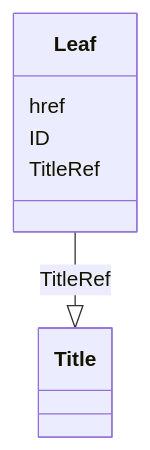
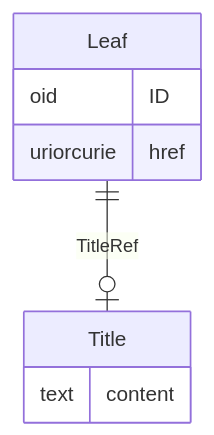
The diagram in docs/Leaf.md (cdisc-org/DataExchange-ODM-LinkML), drawn with Mermaid before and after one commit. The commit also changed other lines of this file and 181 other files, not shown here.

Commit message:
ER diagrams working via templates and removing names with underscores

````diff
--- a/docs/Leaf.md
+++ b/docs/Leaf.md
@@ -14,13 +11,13 @@
 ```mermaid
- classDiagram
-    class Leaf
-      Leaf : href
-        
-      Leaf : ID
-        
-      Leaf : TitleRef
-        
-          Leaf --|> Title : TitleRef
-        
-      
+erDiagram
+Leaf {
+    oid ID  
+    uriorcurie href  
+}
+Title {
+    text content  
+}
+
+Leaf ||--|o Title : "TitleRef"
+
 ```
````
